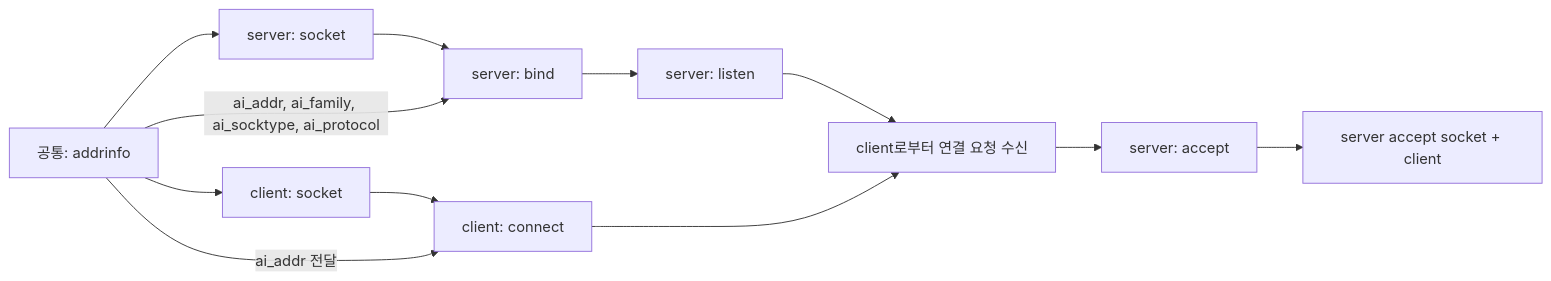
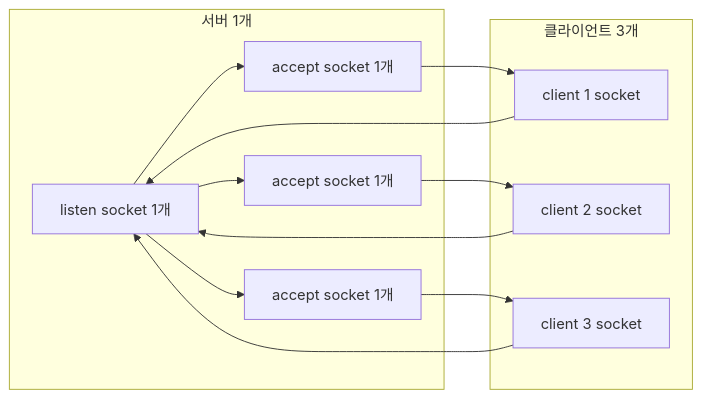
Before and after one commit to HyeYeonLee0112/SW-AI-W08-Webproxy-Lab: the second of 6 diagrams in docs/Study/소켓.md, drawn with Mermaid. The commit also changed other lines of this file and 3 other files, not shown here.

````diff
--- a/docs/Study/소켓.md
+++ b/docs/Study/소켓.md
@@ -108,16 +62,25 @@
 ```mermaid
 flowchart LR
-    A["server: socket"] --> B["server: bind"]
-    B --> C["server: listen"]
-    A2["client: socket"] --> B2["client: connect"]
-    C --> D["client로부터 연결 요청 수신"]
-    D --> E["server: accept"]
-    E --> F["server accept socket + client"]
-    B2 --> D
+  subgraph SERVER["서버 1개"]
+    SL["listen socket 1개"]
+    A1["accept socket 1개"]
+    A2["accept socket 1개"]
+    A3["accept socket 1개"]
+    SL --> A1
+    SL --> A2
+    SL --> A3
+  end
 
-    G["공통: addrinfo"]
-    G --> A
-    G --> A2
-    G -->|ai_addr, ai_family, ai_socktype, ai_protocol| B
-    G -->|ai_addr 전달| B2
+  subgraph CLIENTS["클라이언트 3개"]
+    C1["client 1 socket"]
+    C2["client 2 socket"]
+    C3["client 3 socket"]
+  end
+
+  C1 --> SL
+  C2 --> SL
+  C3 --> SL
+  A1 --> C1
+  A2 --> C2
+  A3 --> C3
 ```
````
